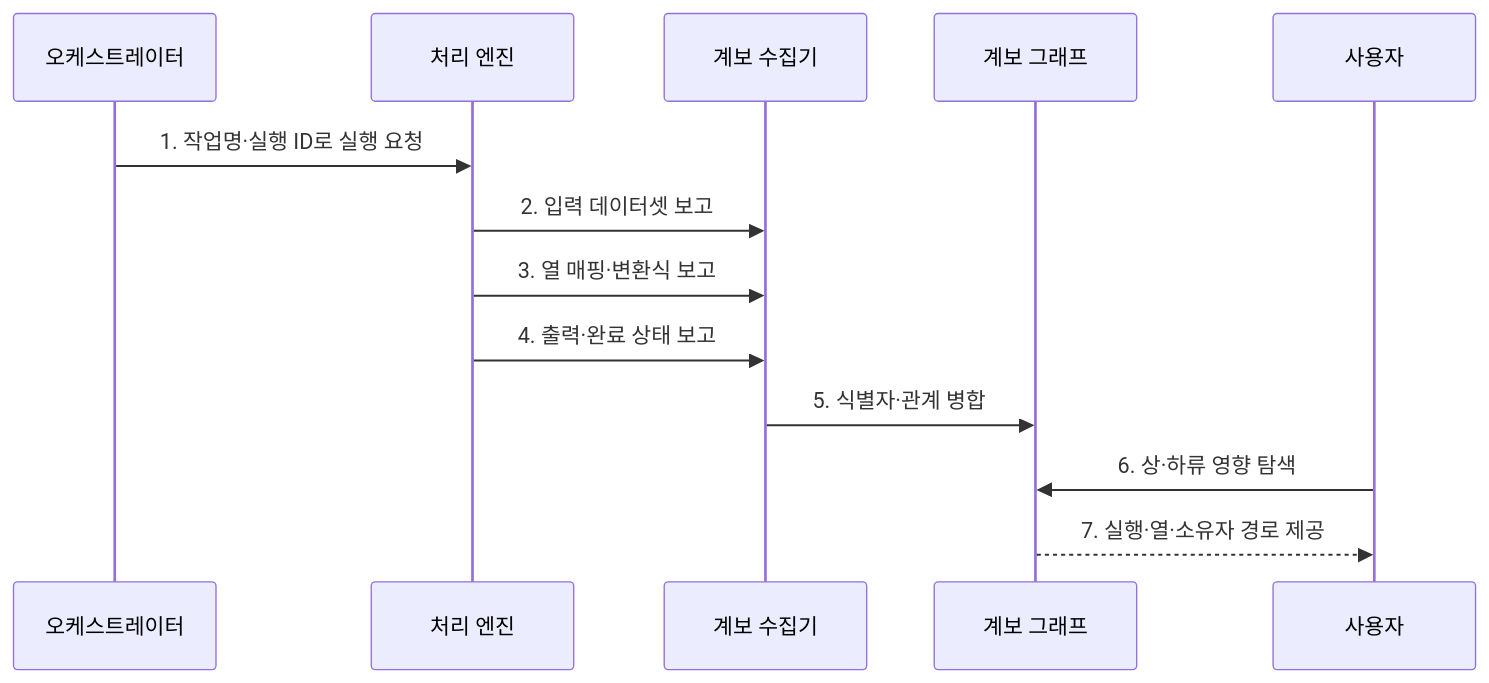
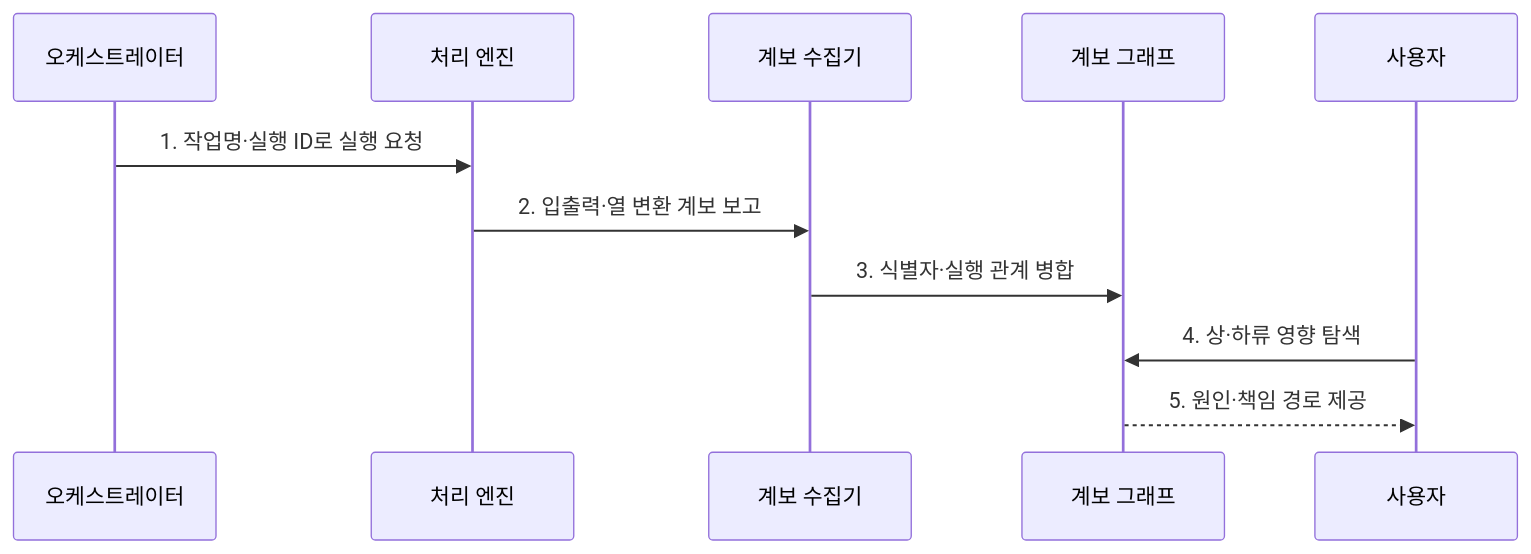
Before and after one commit to agnusdei1207/knowledge-base: the second of 2 diagrams in src/content/docs/notes/03-software/134_data_lineage.md, drawn with Mermaid. The commit also changed other lines of this file and 238 other files, not shown here.

````diff
--- a/src/content/docs/notes/03-software/134_data_lineage.md
+++ b/src/content/docs/notes/03-software/134_data_lineage.md
@@ -82,15 +82,13 @@
 ```mermaid
 sequenceDiagram
     participant O as 오케스트레이터
     participant E as 처리 엔진
     participant C as 계보 수집기
     participant G as 계보 그래프
     participant U as 사용자
     O->>E: 1. 작업명·실행 ID로 실행 요청
-    E->>C: 2. 입력 데이터셋 보고
-    E->>C: 3. 열 매핑·변환식 보고
-    E->>C: 4. 출력·완료 상태 보고
-    C->>G: 5. 식별자·관계 병합
-    U->>G: 6. 상·하류 영향 탐색
-    G-->>U: 7. 실행·열·소유자 경로 제공
+    E->>C: 2. 입출력·열 변환 계보 보고
+    C->>G: 3. 식별자·실행 관계 병합
+    U->>G: 4. 상·하류 영향 탐색
+    G-->>U: 5. 원인·책임 경로 제공
 ```
````
